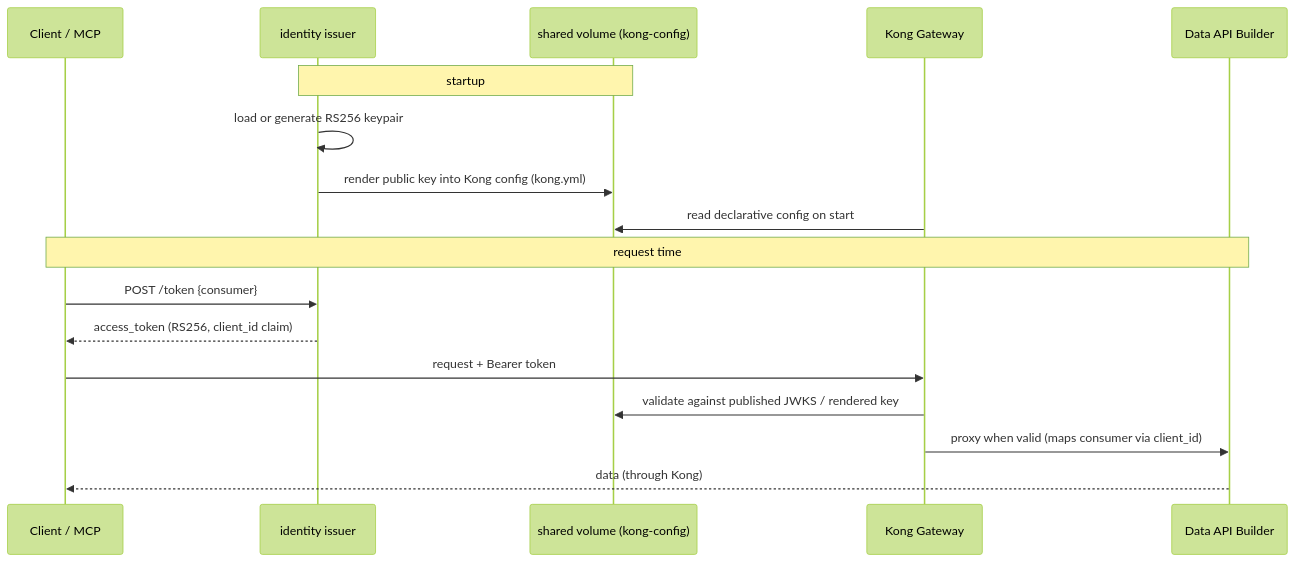
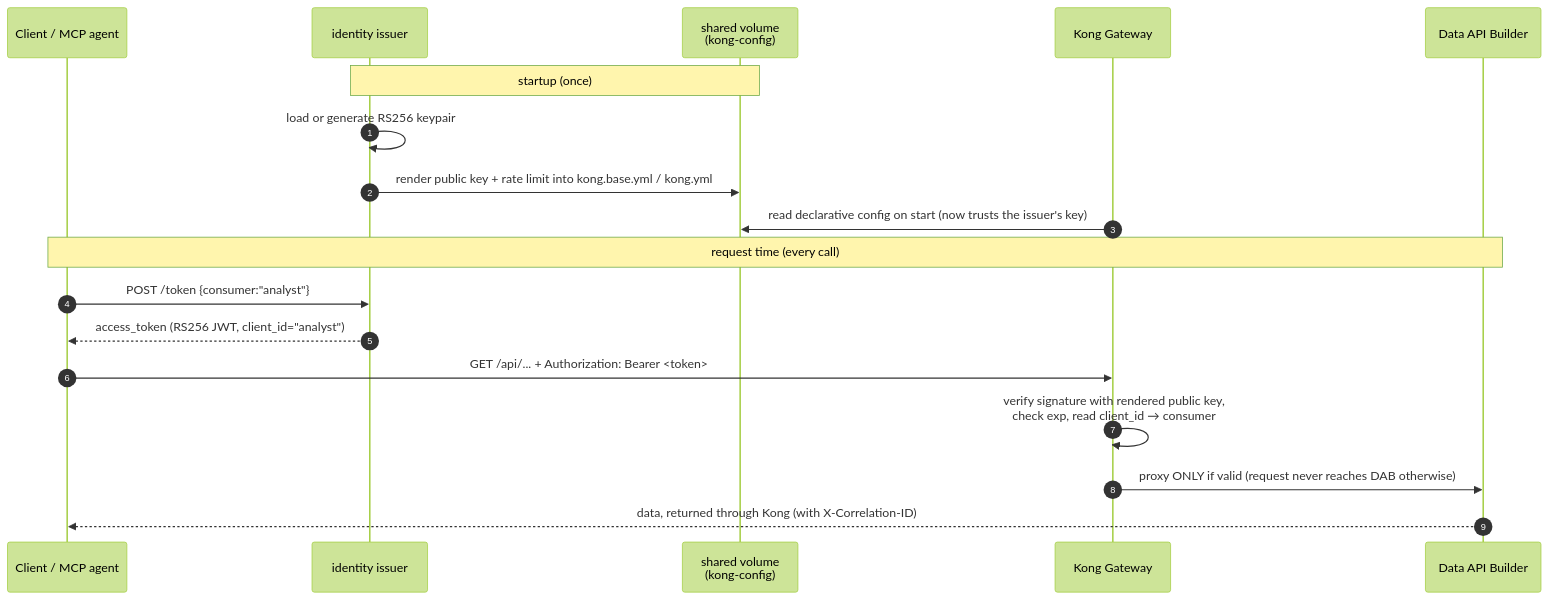
The diagram in services/identity/README.md (fgarofalo56/nasa-api-first-poc), drawn with Mermaid (forest theme) before and after one commit. The commit also changed other lines of this file and 40 other files, not shown here.

````diff
--- a/services/identity/README.md
+++ b/services/identity/README.md
@@ -61,21 +287,22 @@
 ```mermaid
 sequenceDiagram
-    participant C as Client / MCP
+    autonumber
+    participant C as Client / MCP agent
     participant I as identity issuer
-    participant V as shared volume (kong-config)
+    participant V as shared volume<br/>(kong-config)
     participant K as Kong Gateway
     participant D as Data API Builder
 
-    Note over I,V: startup
+    Note over I,V: startup (once)
     I->>I: load or generate RS256 keypair
-    I->>V: render public key into Kong config (kong.yml)
-    K->>V: read declarative config on start
+    I->>V: render public key + rate limit into kong.base.yml / kong.yml
+    K->>V: read declarative config on start (now trusts the issuer's key)
 
-    Note over C,D: request time
-    C->>I: POST /token {consumer}
-    I-->>C: access_token (RS256, client_id claim)
-    C->>K: request + Bearer token
-    K->>V: validate against published JWKS / rendered key
-    K->>D: proxy when valid (maps consumer via client_id)
-    D-->>C: data (through Kong)
+    Note over C,D: request time (every call)
+    C->>I: POST /token {consumer:"analyst"}
+    I-->>C: access_token (RS256 JWT, client_id="analyst")
+    C->>K: GET /api/... + Authorization: Bearer <token>
+    K->>K: verify signature with rendered public key,<br/>check exp, read client_id → consumer
+    K->>D: proxy ONLY if valid (request never reaches DAB otherwise)
+    D-->>C: data, returned through Kong (with X-Correlation-ID)
 ```
````
